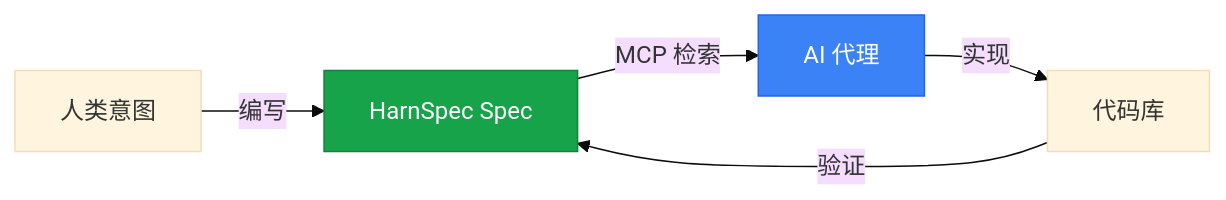
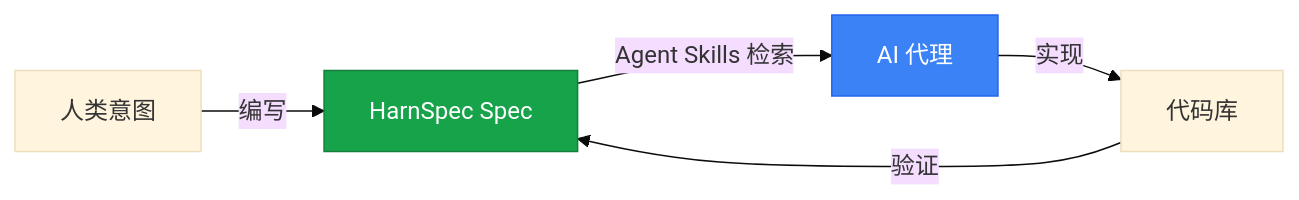
One commit to harnspec/harnspec changed the diagram in docs-site/docs/guide/ai-agent-memory.mdx. Above: the diagram before and after it, drawn with Mermaid (base theme). The commit also changed other lines of this file and 48 other files, not shown here.

````diff
--- a/docs-site/docs/guide/ai-agent-memory.mdx
+++ b/docs-site/docs/guide/ai-agent-memory.mdx
@@ -110,10 +110,10 @@
 ```mermaid
 flowchart LR
     Human[人类意图] -->|编写| Spec[HarnSpec Spec]
-    Spec -->|MCP 检索| AI[AI 代理]
+    Spec -->|Agent Skills 检索| AI[AI 代理]
     AI -->|实现| Code[代码库]
     Code -->|验证| Spec
     
     style Spec fill:#16a34a,stroke:#15803d,color:#fff
     style AI fill:#3b82f6,stroke:#2563eb,color:#fff
 ```
````
